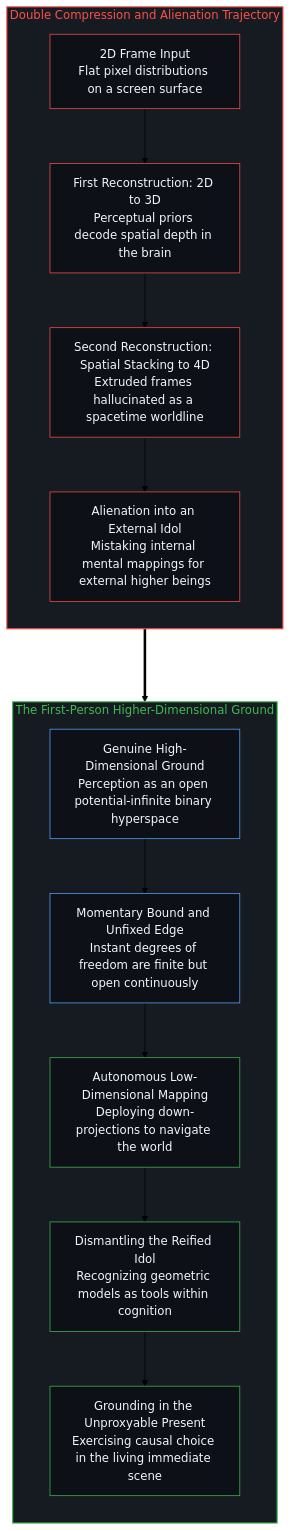
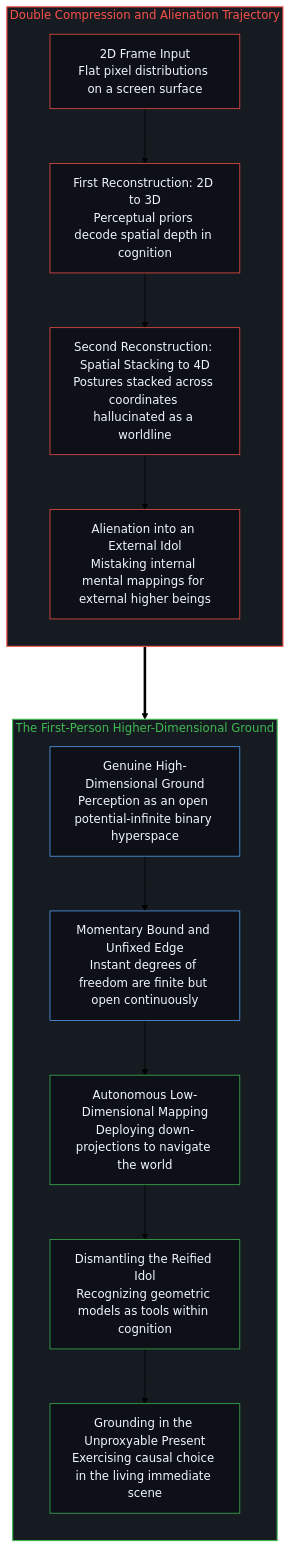
Before and after one commit to powerpig99/not-a-toe: the second of 4 diagrams in content/posts/the-myth-of-the-four-dimensional-deer-and-the-present-model.md, drawn with Mermaid (forest theme). The commit also changed other lines of this file and 5 other files, not shown here.

````diff
--- a/content/posts/the-myth-of-the-four-dimensional-deer-and-the-present-model.md
+++ b/content/posts/the-myth-of-the-four-dimensional-deer-and-the-present-model.md
@@ -60,28 +60,28 @@
 ```mermaid
 flowchart TD
     subgraph S_ErrorTrack["Double Compression and Alienation Trajectory"]
         direction TB
-        E1["2D Frame Input<br/>Flat pixel distributions on a screen surface"] --> E2["First Reconstruction: 2D to 3D<br/>Perceptual priors decode spatial depth in the brain"]
-        E2 --> E3["Second Reconstruction: Spatial Stacking to 4D<br/>Extruded frames hallucinated as a spacetime worldline"]
+        E1["2D Frame Input<br/>Flat pixel distributions on a screen surface"] --> E2["First Reconstruction: 2D to 3D<br/>Perceptual priors decode spatial depth in cognition"]
+        E2 --> E3["Second Reconstruction: Spatial Stacking to 4D<br/>Postures stacked across coordinates hallucinated as a worldline"]
         E3 --> E4["Alienation into an External Idol<br/>Mistaking internal mental mappings for external higher beings"]
     end
     S_ErrorTrack ===> S_RealityTrack
     subgraph S_RealityTrack["The First-Person Higher-Dimensional Ground"]
         direction TB
         R1["Genuine High-Dimensional Ground<br/>Perception as an open potential-infinite binary hyperspace"] --> R2["Momentary Bound and Unfixed Edge<br/>Instant degrees of freedom are finite but open continuously"]
         R2 --> R3["Autonomous Low-Dimensional Mapping<br/>Deploying down-projections to navigate the world"]
         R3 --> R4["Dismantling the Reified Idol<br/>Recognizing geometric models as tools within cognition"]
         R4 --> R5["Grounding in the Unproxyable Present<br/>Exercising causal choice in the living immediate scene"]
     end
     style S_ErrorTrack fill:#161b22,stroke:#f85149,stroke-width:1.5px,color:#f85149
     style S_RealityTrack fill:#161b22,stroke:#3fb950,stroke-width:1.5px,color:#3fb950
     style E1 fill:#0d1117,stroke:#f85149,stroke-width:1px,color:#f0f6fc
     style E2 fill:#0d1117,stroke:#f85149,stroke-width:1px,color:#f0f6fc
     style E3 fill:#0d1117,stroke:#f85149,stroke-width:1px,color:#f0f6fc
     style E4 fill:#0d1117,stroke:#f85149,stroke-width:1px,color:#f0f6fc
     style R1 fill:#0d1117,stroke:#58a6ff,stroke-width:1px,color:#f0f6fc
     style R2 fill:#0d1117,stroke:#58a6ff,stroke-width:1px,color:#f0f6fc
     style R3 fill:#0d1117,stroke:#3fb950,stroke-width:1px,color:#f0f6fc
     style R4 fill:#0d1117,stroke:#3fb950,stroke-width:1px,color:#f0f6fc
     style R5 fill:#0d1117,stroke:#3fb950,stroke-width:1px,color:#f0f6fc
 ```
````
